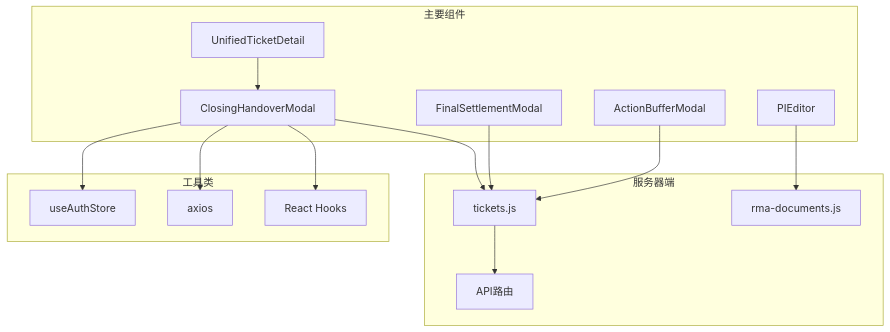
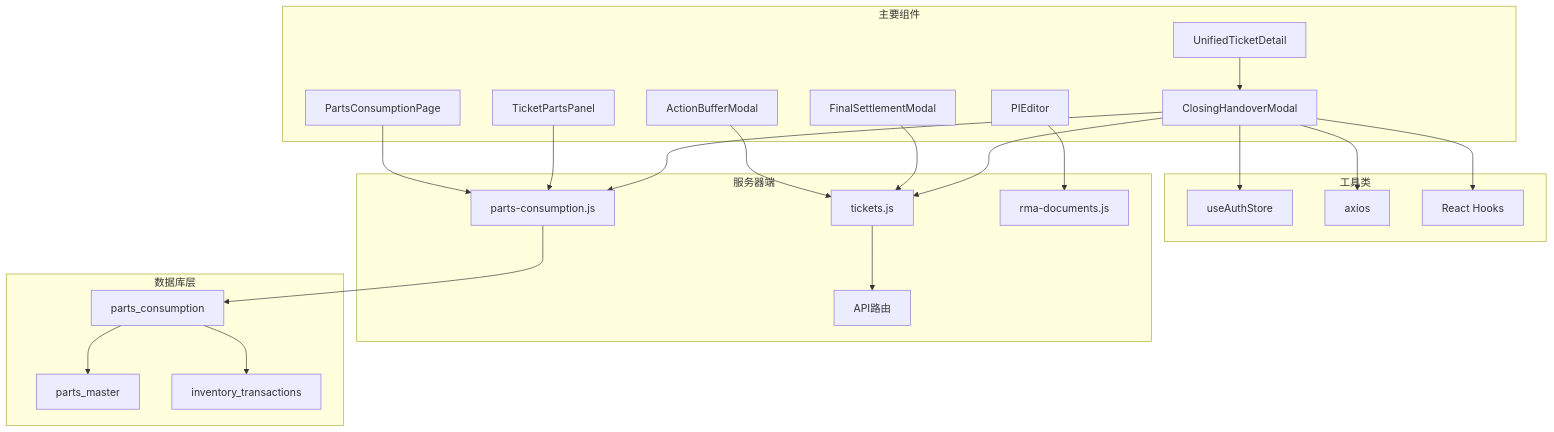
Before and after one commit to CubeEdge/Longhorn: diagram 11 of 11 in .qoder/repowiki/zh/content/前端组件架构/服务工作流增强/结案交接模态框.md, drawn with Mermaid. The commit also changed other lines of this file and 28 other files, not shown here.

````diff
--- a/.qoder/repowiki/zh/content/前端组件架构/服务工作流增强/结案交接模态框.md
+++ b/.qoder/repowiki/zh/content/前端组件架构/服务工作流增强/结案交接模态框.md
@@ -359,29 +490,43 @@
 ```mermaid
 graph TB
 subgraph "主要组件"
 CHM[ClosingHandoverModal]
 UTD[UnifiedTicketDetail]
 FSM[FinalSettlementModal]
 ABM[ActionBufferModal]
 PIE[PIEditor]
+TPP[TicketPartsPanel]
+PCP[PartsConsumptionPage]
 end
 subgraph "工具类"
 Auth[useAuthStore]
 Axios[axios]
 Hooks[React Hooks]
 end
 subgraph "服务器端"
 TR[tickets.js]
+PCR[parts-consumption.js]
 RMD[rma-documents.js]
 Routes[API路由]
+end
+subgraph "数据库层"
+PCM[parts_consumption]
+PM[parts_master]
+IT[inventory_transactions]
 end
 UTD --> CHM
 CHM --> Auth
 CHM --> Axios
 CHM --> Hooks
 CHM --> TR
+CHM --> PCR
 TR --> Routes
 FSM --> TR
 ABM --> TR
 PIE --> RMD
+TPP --> PCR
+PCP --> PCR
+PCR --> PCM
+PCM --> PM
+PCM --> IT
 ```
````
